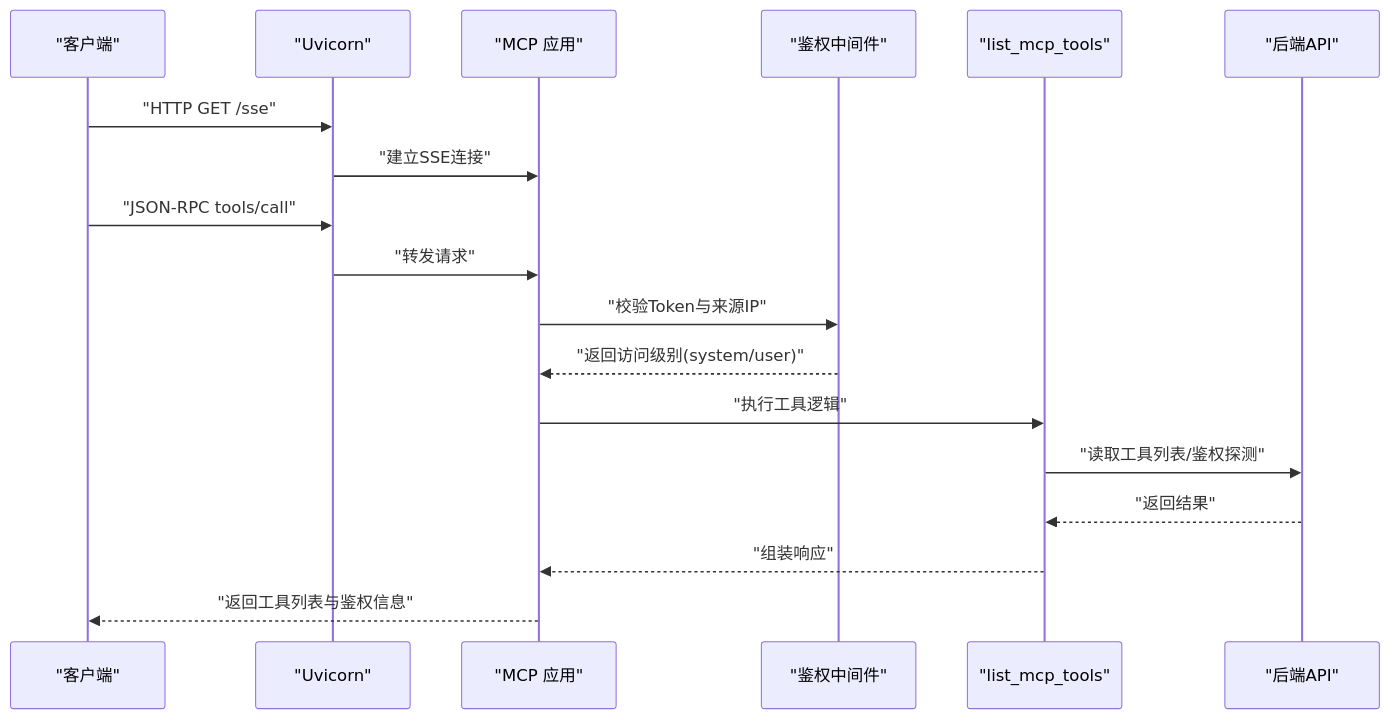
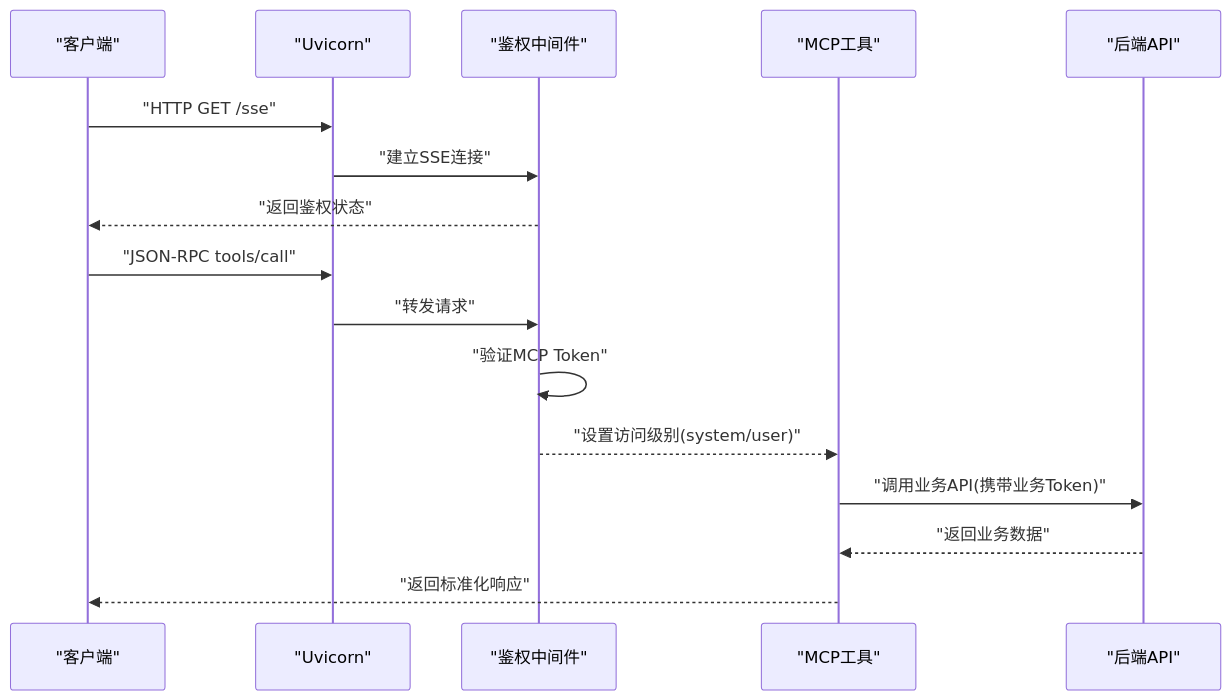
Before and after one commit to rookie-wind/web_ai: the second of 5 diagrams in .qoder/repowiki/zh/content/项目概述/核心功能特性/MCP 工具集/MCP 工具集.md, drawn with Mermaid. The commit also changed other lines of this file and 117 other files, not shown here.

````diff
--- a/.qoder/repowiki/zh/content/项目概述/核心功能特性/MCP 工具集/MCP 工具集.md
+++ b/.qoder/repowiki/zh/content/项目概述/核心功能特性/MCP 工具集/MCP 工具集.md
@@ -71,20 +85,18 @@
 ```mermaid
 sequenceDiagram
 participant Client as "客户端"
 participant Uvicorn as "Uvicorn"
-participant MCP as "MCP 应用"
 participant Auth as "鉴权中间件"
-participant Tool as "list_mcp_tools"
+participant Tool as "MCP工具"
 participant API as "后端API"
 Client->>Uvicorn : "HTTP GET /sse"
-Uvicorn->>MCP : "建立SSE连接"
+Uvicorn->>Auth : "建立SSE连接"
+Auth-->>Client : "返回鉴权状态"
 Client->>Uvicorn : "JSON-RPC tools/call"
-Uvicorn->>MCP : "转发请求"
-MCP->>Auth : "校验Token与来源IP"
-Auth-->>MCP : "返回访问级别(system/user)"
-MCP->>Tool : "执行工具逻辑"
-Tool->>API : "读取工具列表/鉴权探测"
-API-->>Tool : "返回结果"
-Tool-->>MCP : "组装响应"
-MCP-->>Client : "返回工具列表与鉴权信息"
+Uvicorn->>Auth : "转发请求"
+Auth->>Auth : "验证MCP Token"
+Auth-->>Tool : "设置访问级别(system/user)"
+Tool->>API : "调用业务API(携带业务Token)"
+API-->>Tool : "返回业务数据"
+Tool-->>Client : "返回标准化响应"
 ```
````
